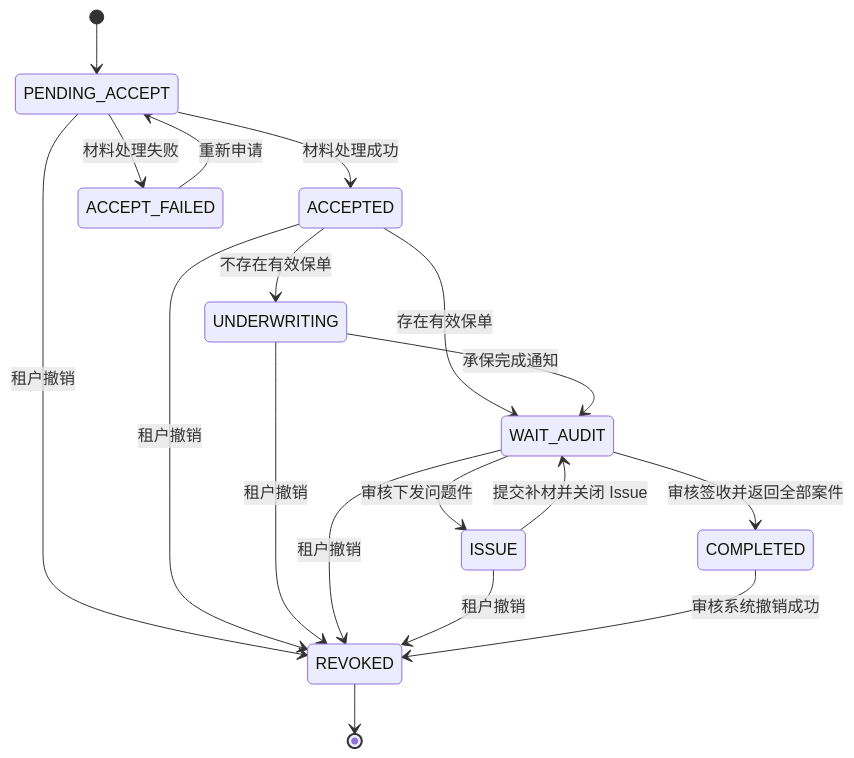
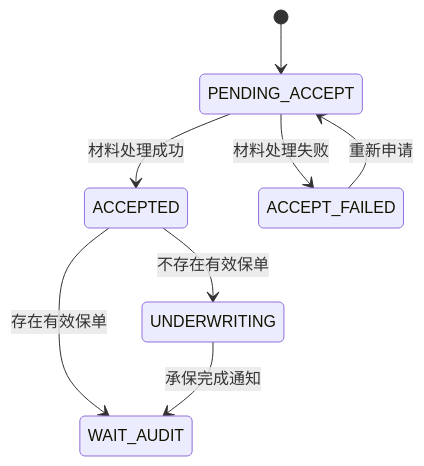
The fourth of 10 diagrams in docs/architecture/claim-application-architecture.md (wangguangwu/claim-integration-platform), drawn with Mermaid before and after one commit. The commit also changed other lines of this file and 23 other files, not shown here.

````diff
--- a/docs/architecture/claim-application-architecture.md
+++ b/docs/architecture/claim-application-architecture.md
@@ -237,25 +238,12 @@
 ```mermaid
 stateDiagram-v2
     [*] --> PENDING_ACCEPT
 
     PENDING_ACCEPT --> ACCEPTED: 材料处理成功
     PENDING_ACCEPT --> ACCEPT_FAILED: 材料处理失败
     ACCEPT_FAILED --> PENDING_ACCEPT: 重新申请
 
     ACCEPTED --> WAIT_AUDIT: 存在有效保单
     ACCEPTED --> UNDERWRITING: 不存在有效保单
     UNDERWRITING --> WAIT_AUDIT: 承保完成通知
-
-    WAIT_AUDIT --> COMPLETED: 审核签收并返回全部案件
-    WAIT_AUDIT --> ISSUE: 审核下发问题件
-    ISSUE --> WAIT_AUDIT: 提交补材并关闭 Issue
-
-    PENDING_ACCEPT --> REVOKED: 租户撤销
-    ACCEPTED --> REVOKED: 租户撤销
-    UNDERWRITING --> REVOKED: 租户撤销
-    WAIT_AUDIT --> REVOKED: 租户撤销
-    ISSUE --> REVOKED: 租户撤销
-    COMPLETED --> REVOKED: 审核系统撤销成功
-
-    REVOKED --> [*]
 ```
````
